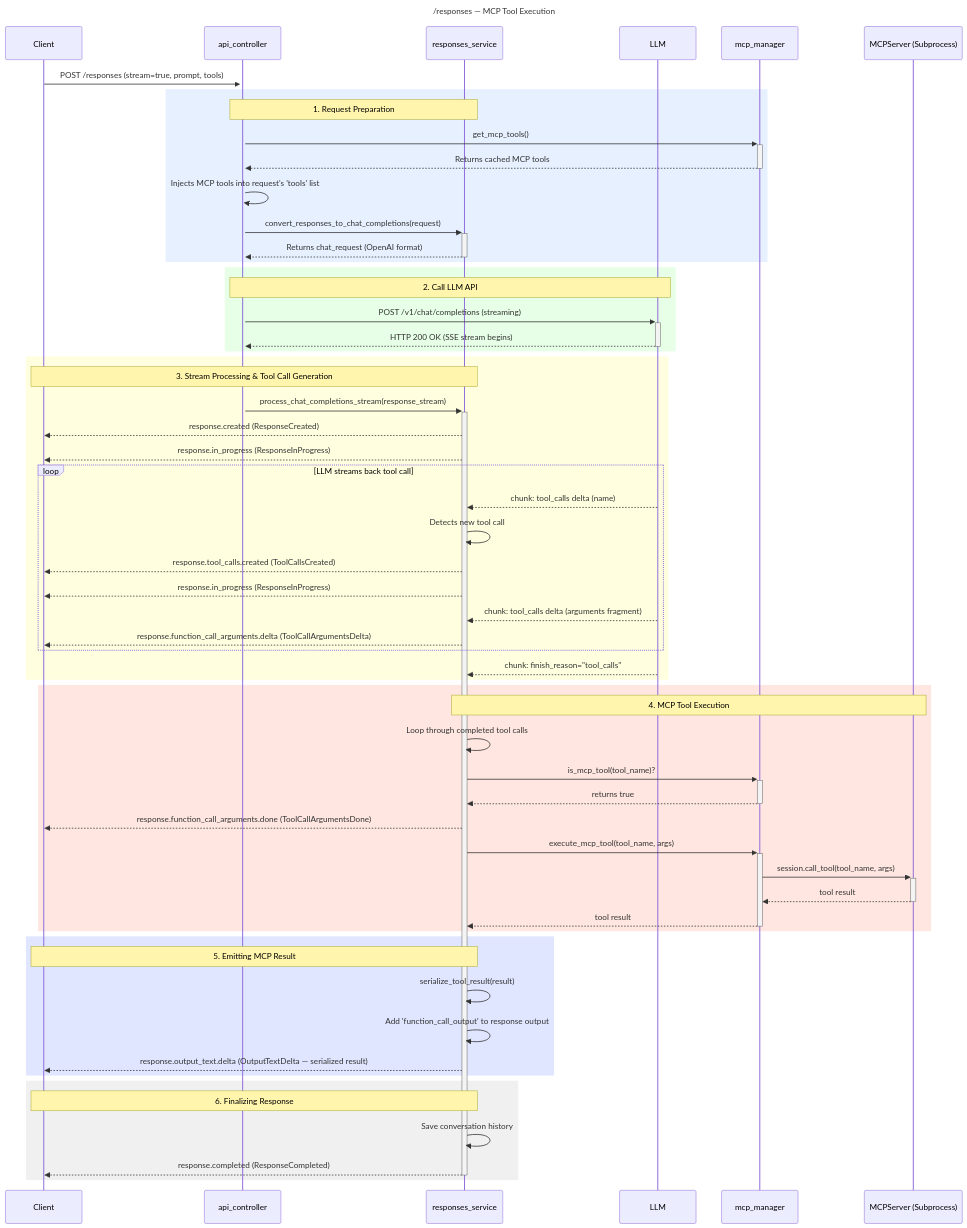
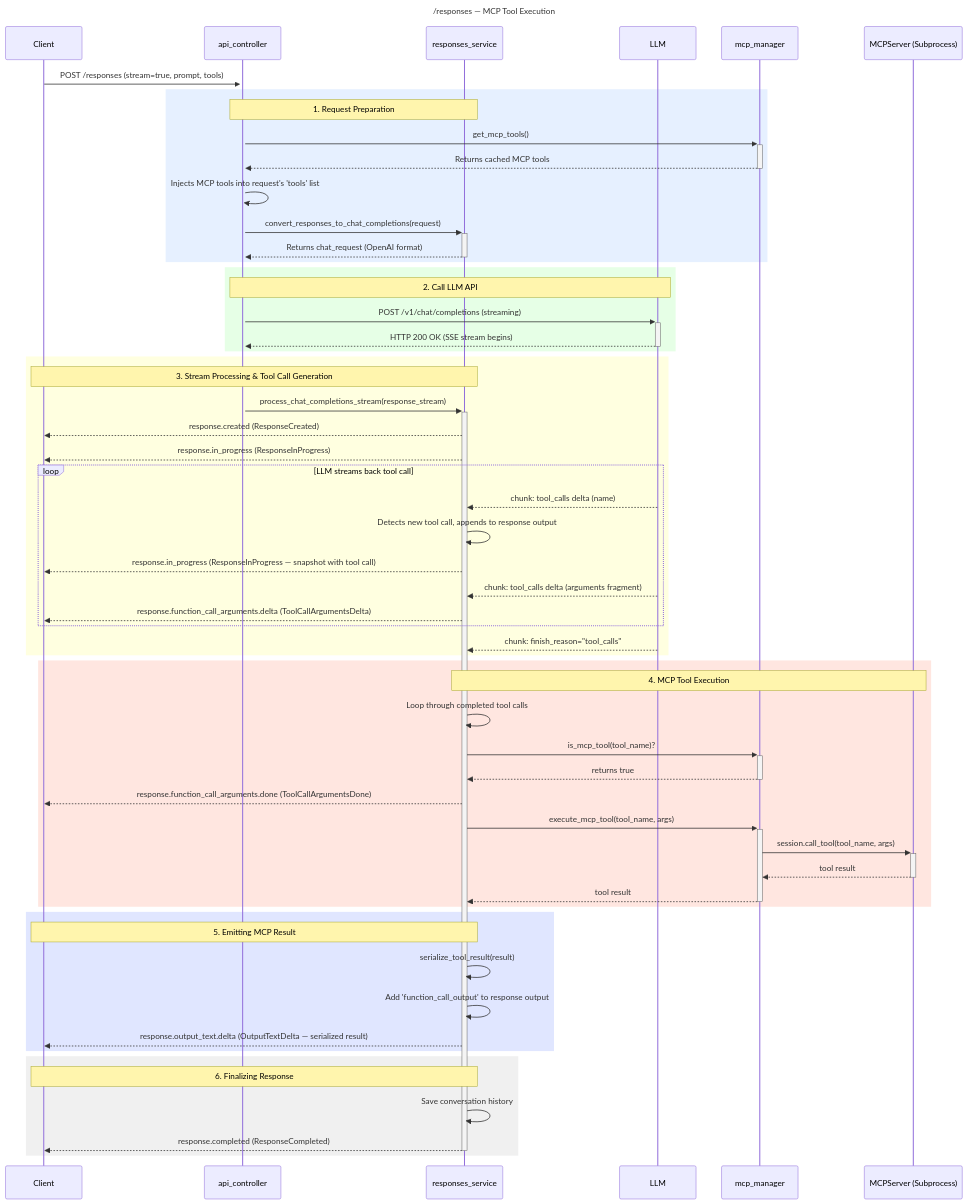
Before and after one commit to teabranch/open-responses-server: the second of 4 diagrams in docs/responses_flow.md, drawn with Mermaid. The commit also changed other lines of this file and 8 other files, not shown here.

````diff
--- a/docs/responses_flow.md
+++ b/docs/responses_flow.md
@@ -49,75 +49,74 @@
 ```mermaid
 sequenceDiagram
     title /responses — MCP Tool Execution
 
     participant Client
     participant AC as api_controller
     participant RS as responses_service
     participant LLM
     participant MCPM as mcp_manager
     participant MCPS as MCPServer (Subprocess)
 
     Client->>+AC: POST /responses (stream=true, prompt, tools)
 
     rect rgb(230, 240, 255)
         note over AC, RS: 1. Request Preparation
         AC->>+MCPM: get_mcp_tools()
         MCPM-->>-AC: Returns cached MCP tools
         AC->>AC: Injects MCP tools into request's 'tools' list
 
         AC->>+RS: convert_responses_to_chat_completions(request)
         RS-->>-AC: Returns chat_request (OpenAI format)
     end
 
     rect rgb(230, 255, 230)
         note over AC, LLM: 2. Call LLM API
         AC->>+LLM: POST /v1/chat/completions (streaming)
         LLM-->>-AC: HTTP 200 OK (SSE stream begins)
     end
 
     rect rgb(255, 255, 224)
         note over RS, Client: 3. Stream Processing & Tool Call Generation
         AC->>+RS: process_chat_completions_stream(response_stream)
         RS-->>Client: response.created (ResponseCreated)
         RS-->>Client: response.in_progress (ResponseInProgress)
 
         loop LLM streams back tool call
             LLM-->>RS: chunk: tool_calls delta (name)
-            RS->>RS: Detects new tool call
-            RS-->>Client: response.tool_calls.created (ToolCallsCreated)
-            RS-->>Client: response.in_progress (ResponseInProgress)
+            RS->>RS: Detects new tool call, appends to response output
+            RS-->>Client: response.in_progress (ResponseInProgress — snapshot with tool call)
 
             LLM-->>RS: chunk: tool_calls delta (arguments fragment)
             RS-->>Client: response.function_call_arguments.delta (ToolCallArgumentsDelta)
         end
 
         LLM-->>RS: chunk: finish_reason="tool_calls"
     end
 
     rect rgb(255, 230, 224)
         note over RS, MCPS: 4. MCP Tool Execution
         RS->>RS: Loop through completed tool calls
         RS->>+MCPM: is_mcp_tool(tool_name)?
         MCPM-->>-RS: returns true
 
         RS-->>Client: response.function_call_arguments.done (ToolCallArgumentsDone)
 
         RS->>+MCPM: execute_mcp_tool(tool_name, args)
         MCPM->>+MCPS: session.call_tool(tool_name, args)
         MCPS-->>-MCPM: tool result
         MCPM-->>-RS: tool result
     end
 
     rect rgb(224, 230, 255)
         note over RS, Client: 5. Emitting MCP Result
         RS->>RS: serialize_tool_result(result)
         RS->>RS: Add 'function_call_output' to response output
         RS-->>Client: response.output_text.delta (OutputTextDelta — serialized result)
     end
 
     rect rgb(240, 240, 240)
         note over RS, Client: 6. Finalizing Response
         RS->>RS: Save conversation history
         RS-->>-Client: response.completed (ResponseCompleted)
     end
 ```
````
